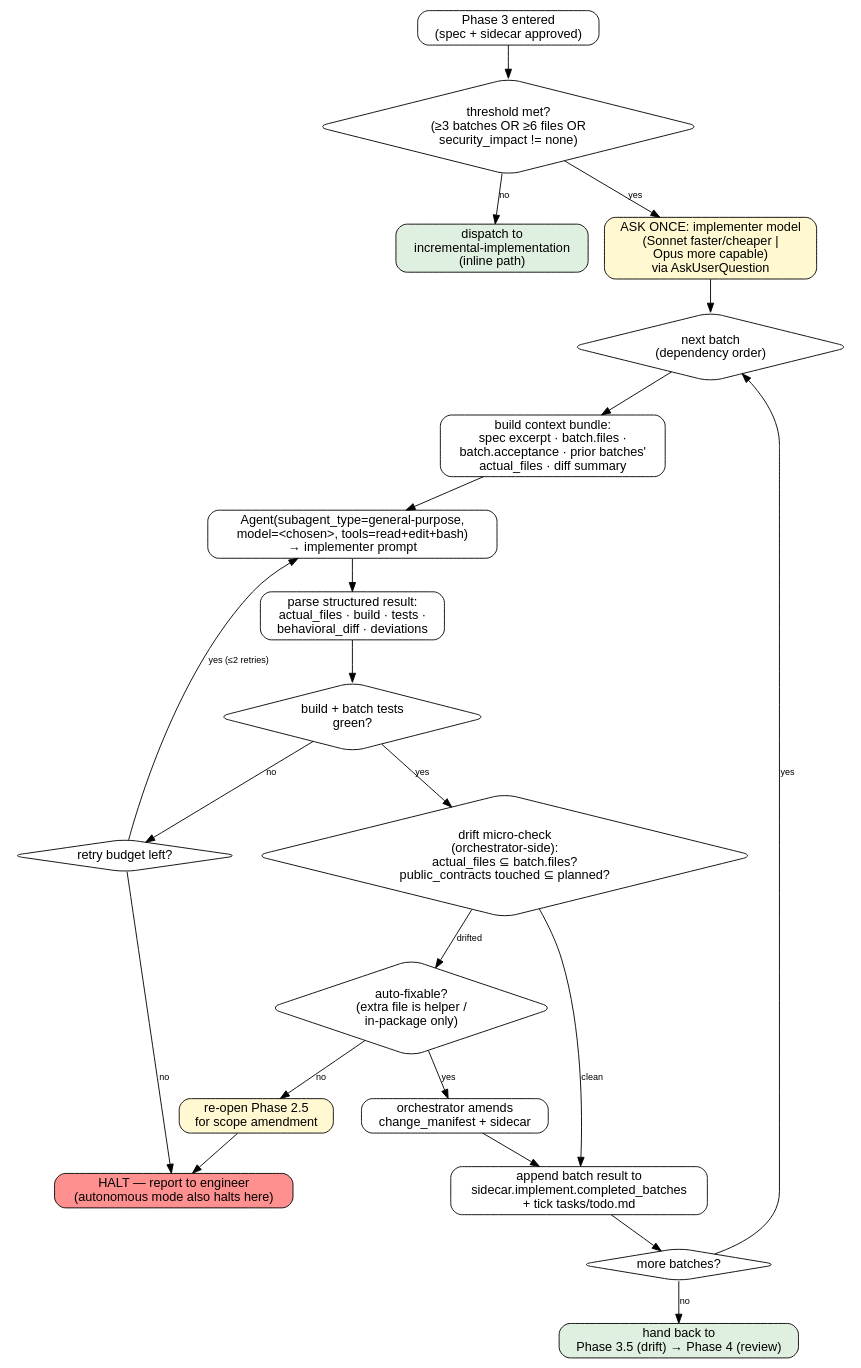
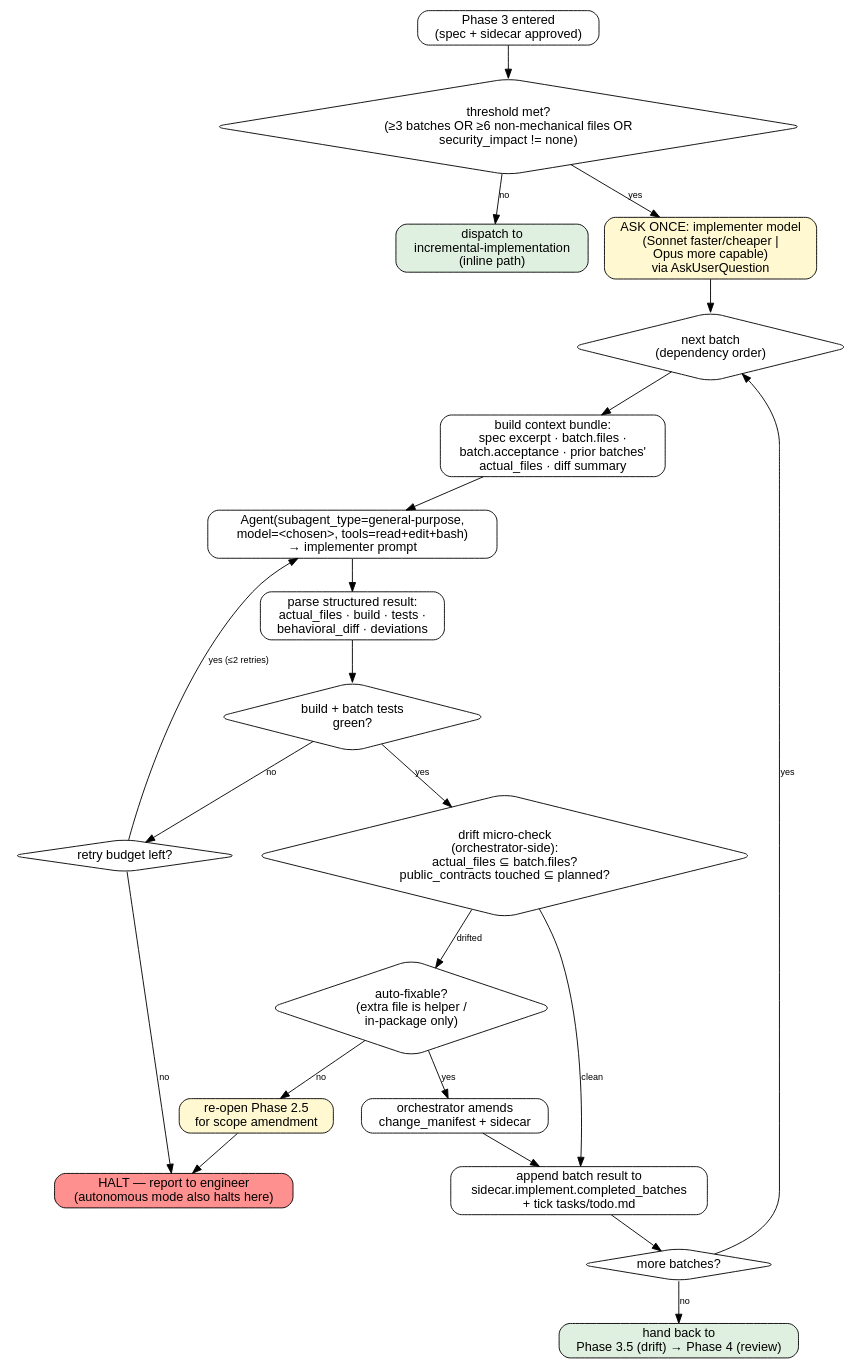
The diagram in .claude/references/subagent-dynamic-workflow.md (moberghr/mtk-agent-toolkit), drawn with Graphviz before and after one commit. The commit also changed 31 other files, not shown here.

````diff
--- a/.claude/references/subagent-dynamic-workflow.md
+++ b/.claude/references/subagent-dynamic-workflow.md
@@ -14,52 +14,52 @@
 ```dot
 digraph subagent_impl {
   rankdir=TB;
   node [shape=box, style=rounded, fontname="Helvetica"];
   edge [fontname="Helvetica", fontsize=10];
 
   start    [label="Phase 3 entered\n(spec + sidecar approved)"];
-  thr      [label="threshold met?\n(≥3 batches OR ≥6 files OR\nsecurity_impact != none)", shape=diamond];
+  thr      [label="threshold met?\n(≥3 batches OR ≥6 non-mechanical files OR\nsecurity_impact != none)", shape=diamond];
   inline   [label="dispatch to\nincremental-implementation\n(inline path)", style="rounded,filled", fillcolor="#e0f0e0"];
   ask      [label="ASK ONCE: implementer model\n(Sonnet faster/cheaper |\nOpus more capable)\nvia AskUserQuestion",
             style="rounded,filled", fillcolor="#fff8d0"];
 
   next     [label="next batch\n(dependency order)", shape=diamond];
   bundle   [label="build context bundle:\nspec excerpt · batch.files ·\nbatch.acceptance · prior batches'\nactual_files · diff summary"];
   spawn    [label="Agent(subagent_type=general-purpose,\nmodel=<chosen>, tools=read+edit+bash)\n→ implementer prompt"];
   parse    [label="parse structured result:\nactual_files · build · tests ·\nbehavioral_diff · deviations"];
   buildok  [label="build + batch tests\ngreen?", shape=diamond];
   retry    [label="retry budget left?", shape=diamond];
   halt     [label="HALT — report to engineer\n(autonomous mode also halts here)",
             style="rounded,filled", fillcolor="#ff9090"];
 
   drift    [label="drift micro-check\n(orchestrator-side):\nactual_files ⊆ batch.files?\npublic_contracts touched ⊆ planned?", shape=diamond];
   fixable  [label="auto-fixable?\n(extra file is helper /\nin-package only)", shape=diamond];
   reapprove[label="re-open Phase 2.5\nfor scope amendment",
             style="rounded,filled", fillcolor="#fff8d0"];
   amend    [label="orchestrator amends\nchange_manifest + sidecar"];
 
   persist  [label="append batch result to\nsidecar.implement.completed_batches\n+ tick tasks/todo.md"];
   more     [label="more batches?", shape=diamond];
   done     [label="hand back to\nPhase 3.5 (drift) → Phase 4 (review)",
             style="rounded,filled", fillcolor="#e0f0e0"];
 
   start -> thr;
   thr -> inline [label="no"];
   thr -> ask    [label="yes"];
   ask -> next;
   next -> bundle -> spawn -> parse -> buildok;
   buildok -> retry [label="no"];
   retry -> spawn  [label="yes (≤2 retries)"];
   retry -> halt   [label="no"];
   buildok -> drift [label="yes"];
   drift -> persist [label="clean"];
   drift -> fixable [label="drifted"];
   fixable -> amend [label="yes"];
   fixable -> reapprove [label="no"];
   amend -> persist;
   reapprove -> halt;
   persist -> more;
   more -> next [label="yes"];
   more -> done [label="no"];
 }
 ```
````
